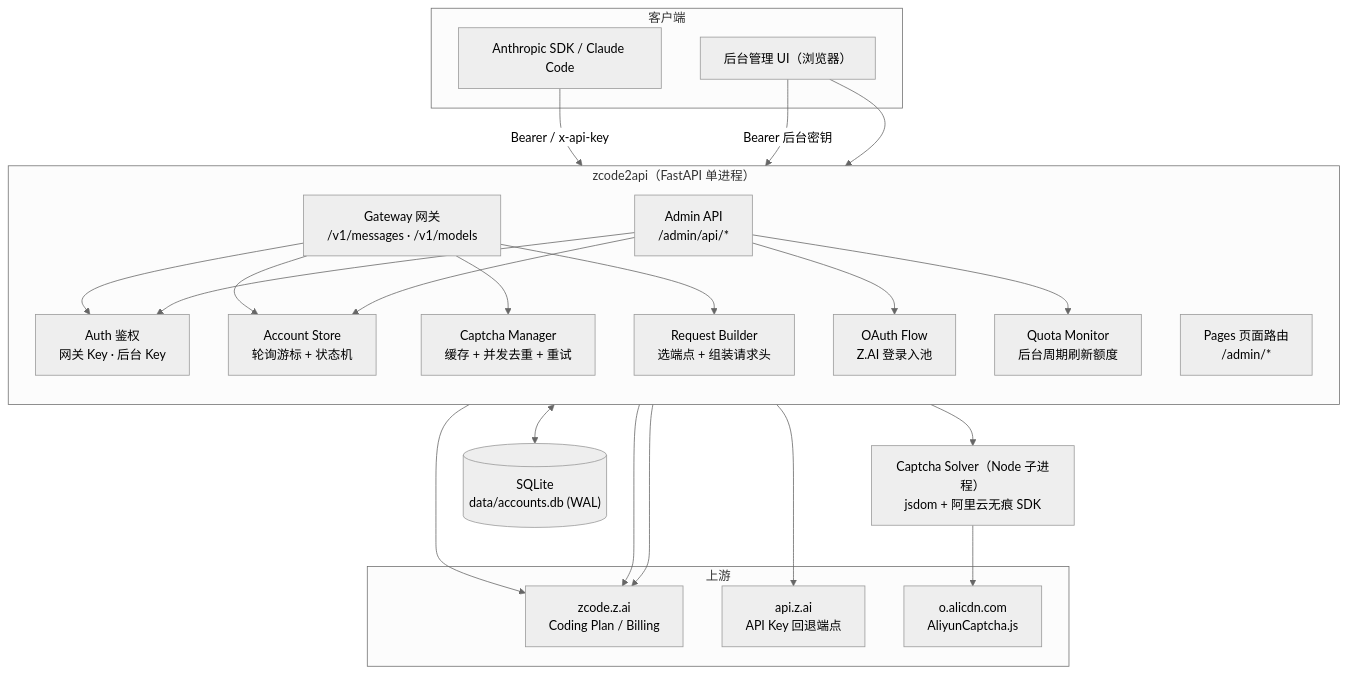
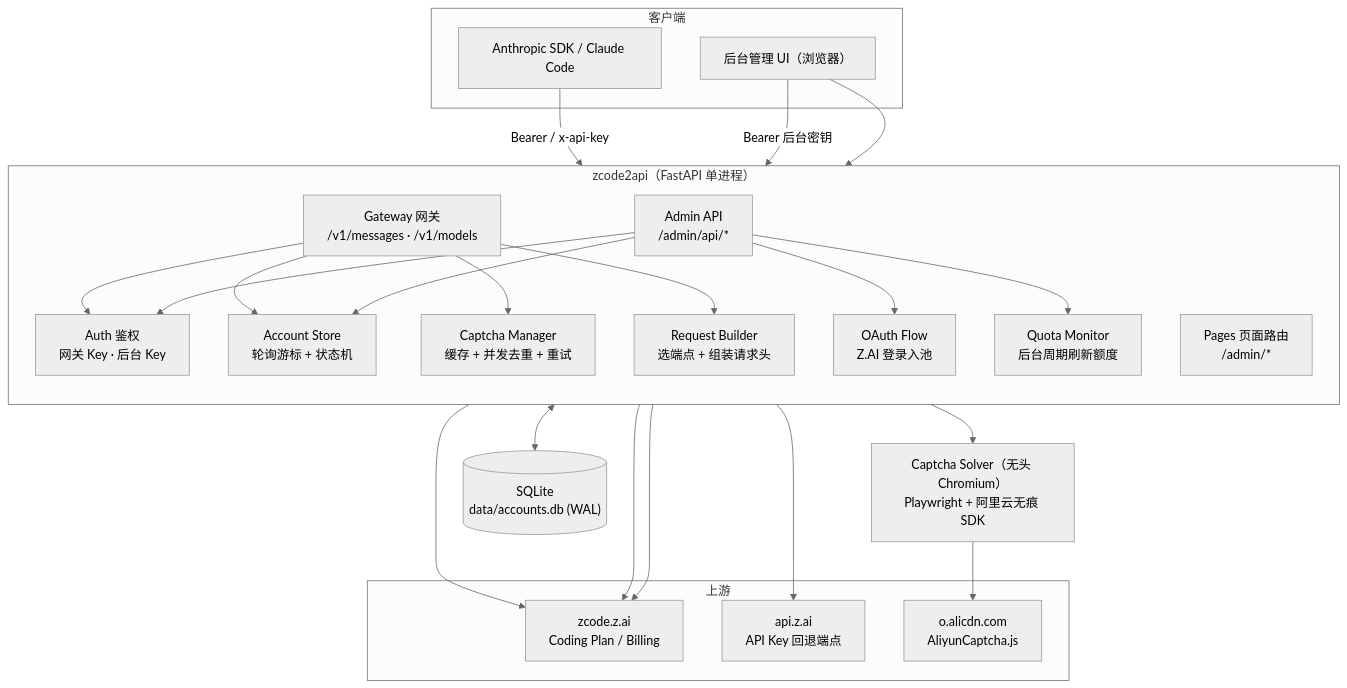
The first of 4 diagrams in docs/ARCHITECTURE.md (linlong5201314/zcode2api), drawn with Mermaid (neutral theme) before and after one commit. The commit also changed other lines of this file and 12 other files, not shown here.

First line of the commit message:
fix: 网关支持 GLM-5.3，验证码求解改用 Playwright 无头 Chromium

````diff
--- a/docs/ARCHITECTURE.md
+++ b/docs/ARCHITECTURE.md
@@ -26,52 +26,52 @@
 ```mermaid
 graph TD
     subgraph Clients["客户端"]
         SDK["Anthropic SDK / Claude Code"]
         UI["后台管理 UI（浏览器）"]
     end
 
     subgraph App["zcode2api（FastAPI 单进程）"]
         direction TB
         GW["Gateway 网关<br/>/v1/messages · /v1/models"]
         ADMIN["Admin API<br/>/admin/api/*"]
         PAGES["Pages 页面路由<br/>/admin/*"]
         AUTH["Auth 鉴权<br/>网关 Key · 后台 Key"]
         AGENT["Request Builder<br/>选端点 + 组装请求头"]
         STORE["Account Store<br/>轮询游标 + 状态机"]
         QUOTA["Quota Monitor<br/>后台周期刷新额度"]
         CAPTCHA["Captcha Manager<br/>缓存 + 并发去重 + 重试"]
         OAUTH["OAuth Flow<br/>Z.AI 登录入池"]
     end
 
-    SOLVER["Captcha Solver（Node 子进程）<br/>jsdom + 阿里云无痕 SDK"]
+    SOLVER["Captcha Solver（无头 Chromium）<br/>Playwright + 阿里云无痕 SDK"]
     DB[("SQLite<br/>data/accounts.db (WAL)")]
 
     subgraph Upstream["上游"]
         ZAI["zcode.z.ai<br/>Coding Plan / Billing"]
         ZAIAPI["api.z.ai<br/>API Key 回退端点"]
         ALIYUN["o.alicdn.com<br/>AliyunCaptcha.js"]
     end
 
     SDK -->|"Bearer / x-api-key"| GW
     UI -->|"Bearer 后台密钥"| ADMIN
     UI --> PAGES
 
     GW --> AUTH
     ADMIN --> AUTH
     GW --> STORE
     GW --> CAPTCHA
     GW --> AGENT
     AGENT --> ZAI
     AGENT --> ZAIAPI
 
     CAPTCHA --> SOLVER
     SOLVER --> ALIYUN
 
     ADMIN --> STORE
     ADMIN --> OAUTH
     ADMIN --> QUOTA
     QUOTA --> ZAI
     OAUTH --> ZAI
 
     STORE <--> DB
 ```
````
